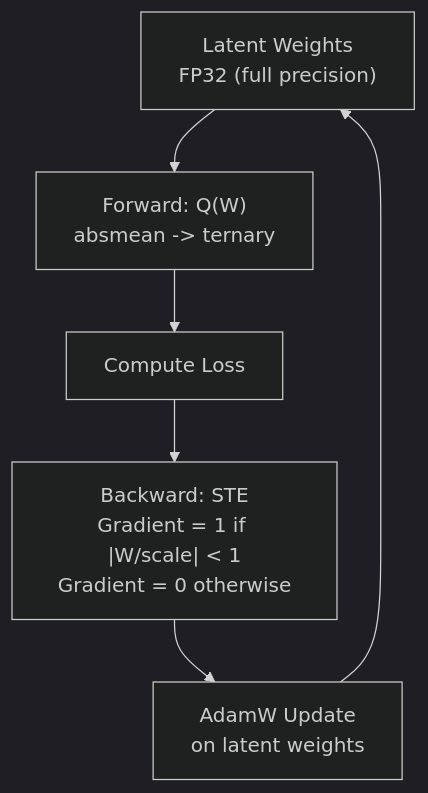
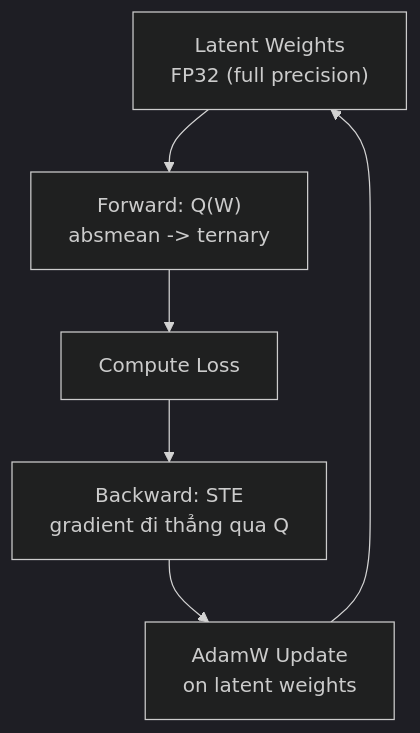
One commit to tuandung222/llama-cpp-architecture-lectures changed the second of 2 diagrams in docs/lesson_10_bitnet_cpp.md. Above: the diagram before and after it, drawn with Mermaid (dark theme). The commit also changed other lines of this file and 25 other files, not shown here.

````diff
--- a/docs/lesson_10_bitnet_cpp.md
+++ b/docs/lesson_10_bitnet_cpp.md
@@ -181,8 +206,8 @@
 ```mermaid
 graph TD
     LW["Latent Weights\nFP32 (full precision)"] --> FWD["Forward: Q(W)\nabsmean -> ternary"]
     FWD --> LOSS["Compute Loss"]
-    LOSS --> BWD["Backward: STE\nGradient = 1 if |W/scale| < 1\nGradient = 0 otherwise"]
+    LOSS --> BWD["Backward: STE\ngradient đi thẳng qua Q"]
     BWD --> OPT["AdamW Update\non latent weights"]
     OPT --> LW
 ```
````
